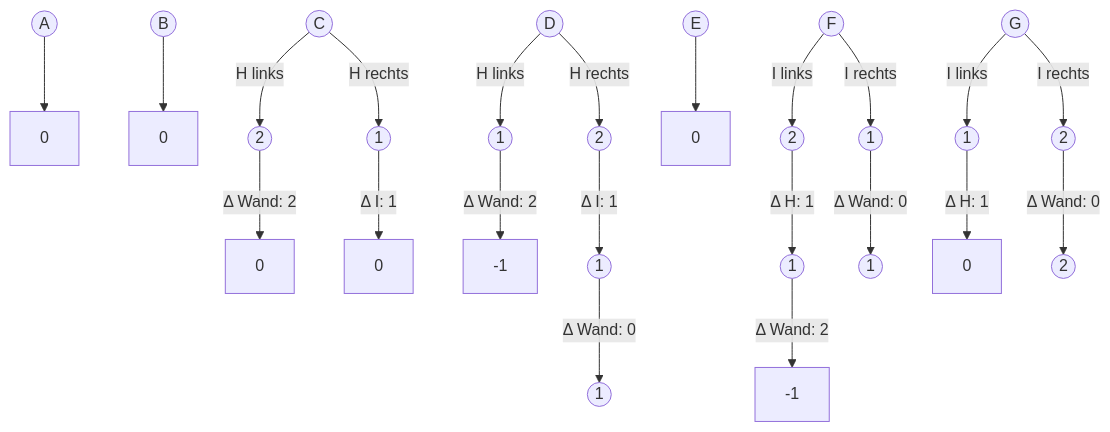
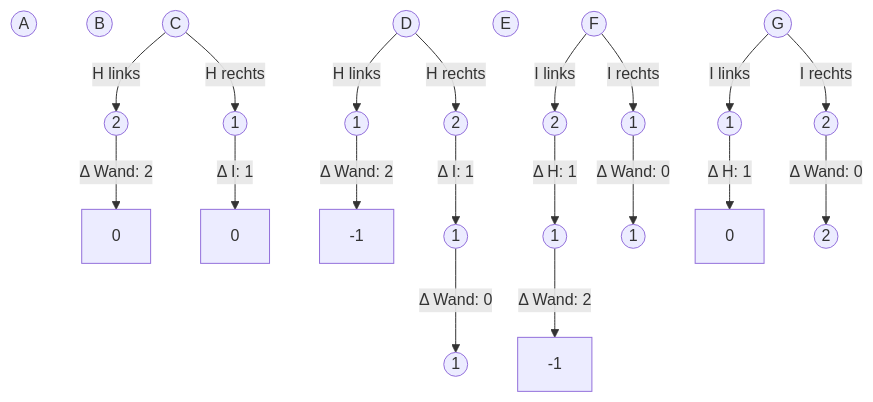
The diagram in schiebeparkplatz.md (finn-rudolph/bwinf2021-1), drawn with Mermaid before and after one commit. The commit also changed other lines of this file, not shown here.

````diff
--- a/schiebeparkplatz.md
+++ b/schiebeparkplatz.md
@@ -16,27 +23,27 @@
 ```mermaid
 flowchart TB
 
-11((A)) --> 21[0]
-12((B)) --> 22[0]
+11((A))
+12((B))
 13((C)) -->|H links| 23((2))
 13 		-->|H rechts| 24((1))	
 14((D)) -->|H links| 25((1))
 14 		-->|H rechts| 26((2))
-15((E)) --> 27[0]
+15((E))
 16((F)) -->|I links| 28((2))
 16		-->|I rechts| 29((1))	
 17((G)) -->|I links| 210((1))
 17		-->|I rechts| 211((2))	
 
 23 		-->|"&Delta;" Wand: 2| 31[0]
 24 		-->|"&Delta;" I: 1| 32[0]
 25		-->|"&Delta;" Wand: 2| 33[-1]
 26		-->|"&Delta;" I: 1| 34((1))
 28		-->|"&Delta;" H: 1| 35((1))
 29		-->|"&Delta;" Wand: 0| 36((1))
 210		-->|"&Delta;" H: 1| 37[0]
 211		-->|"&Delta;" Wand: 0| 38((2))
 
 34 		-->|"&Delta;" Wand: 0| 41((1))
 35		-->|"&Delta;" Wand: 2| 42[ -1]
 ```
````
